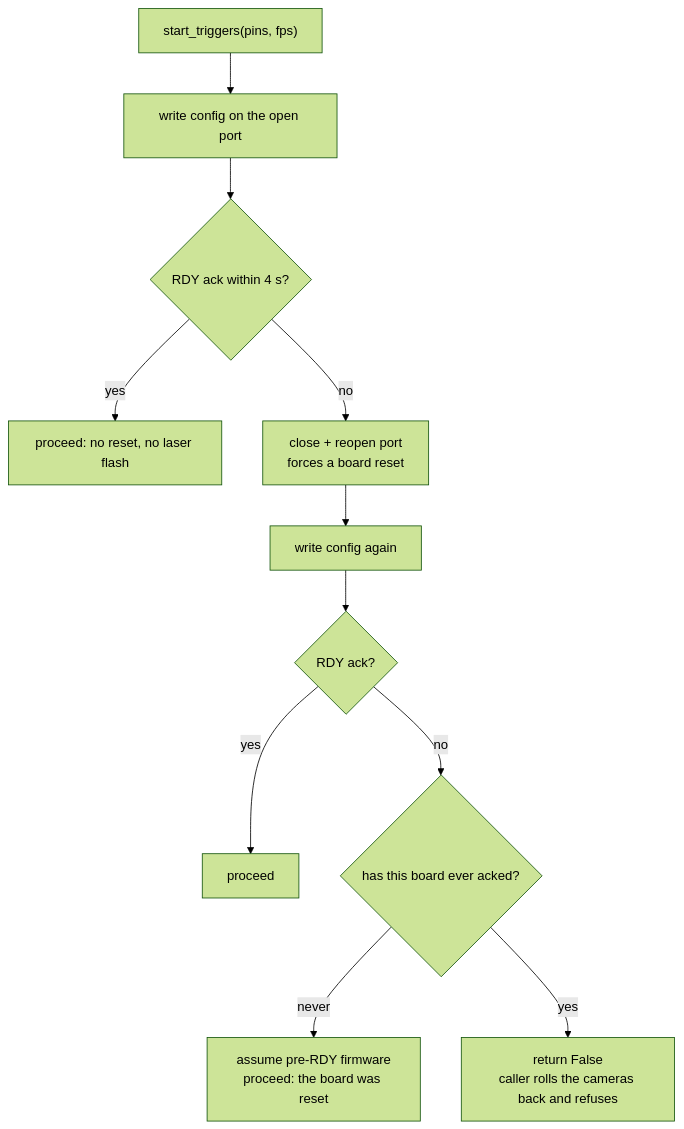
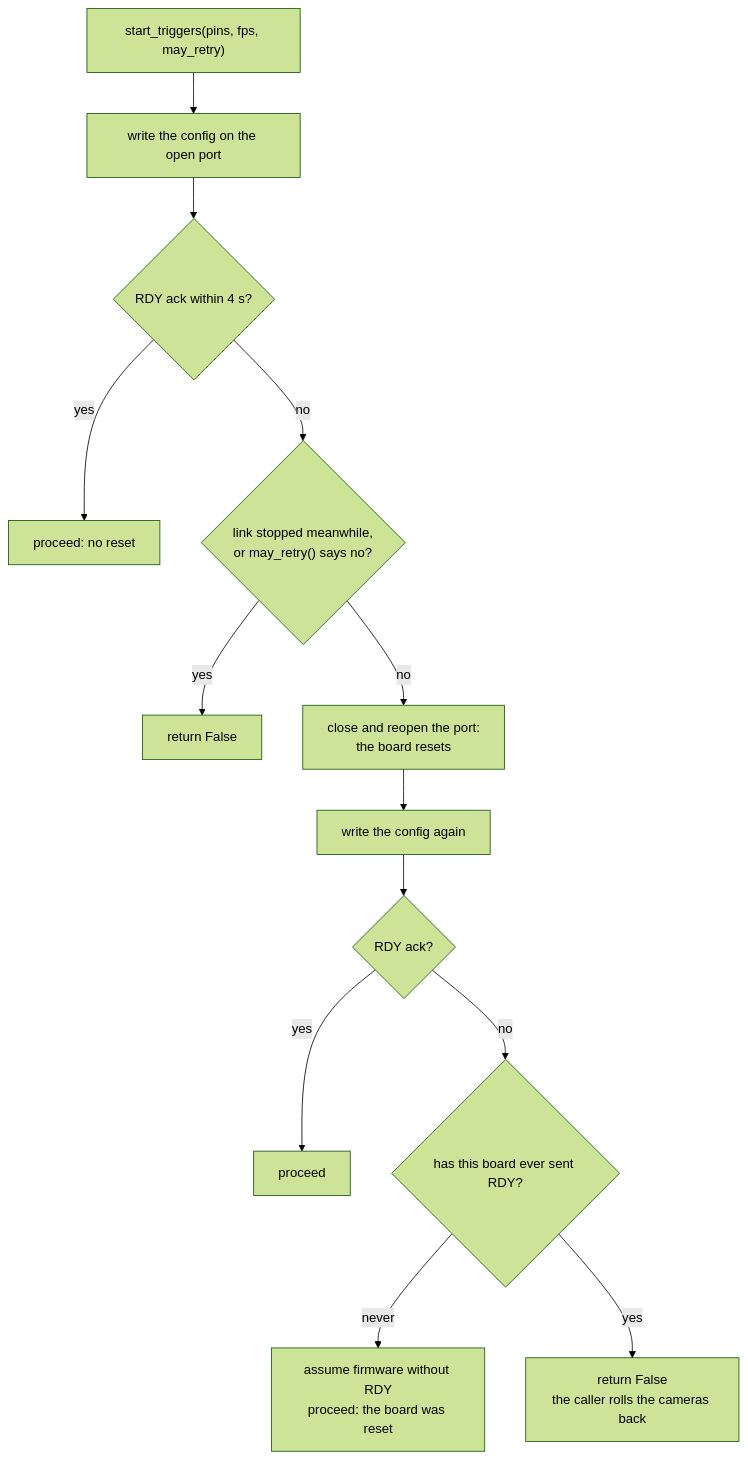
The second of 6 diagrams in docs/INTERNALS.md (talmolab/panopticon), drawn with Mermaid (forest theme) before and after one commit. The commit also changed other lines of this file, not shown here.

````diff
--- a/docs/INTERNALS.md
+++ b/docs/INTERNALS.md
@@ -225,13 +217,15 @@
 ```mermaid
 flowchart TD
-  S["start_triggers(pins, fps)"] --> A["write config on the open port"]
+  S["start_triggers(pins, fps, may_retry)"] --> A["write the config on the open port"]
   A --> B{"RDY ack within 4 s?"}
-  B -->|"yes"| OK1["proceed: no reset, no laser flash"]
-  B -->|"no"| C["close + reopen port<br>forces a board reset"]
-  C --> D["write config again"]
+  B -->|"yes"| OK1["proceed: no reset"]
+  B -->|"no"| V{"link stopped meanwhile,<br>or may_retry() says no?"}
+  V -->|"yes"| FAIL0["return False"]
+  V -->|"no"| C["close and reopen the port:<br>the board resets"]
+  C --> D["write the config again"]
   D --> E{"RDY ack?"}
   E -->|"yes"| OK2["proceed"]
-  E -->|"no"| F{"has this board ever acked?"}
-  F -->|"never"| OK3["assume pre-RDY firmware<br>proceed: the board was reset"]
-  F -->|"yes"| FAIL["return False<br>caller rolls the cameras back and refuses"]
+  E -->|"no"| F{"has this board ever sent RDY?"}
+  F -->|"never"| OK3["assume firmware without RDY<br>proceed: the board was reset"]
+  F -->|"yes"| FAIL["return False<br>the caller rolls the cameras back"]
 ```
````
